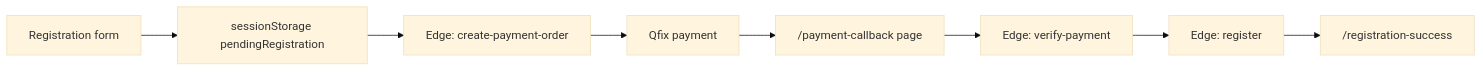
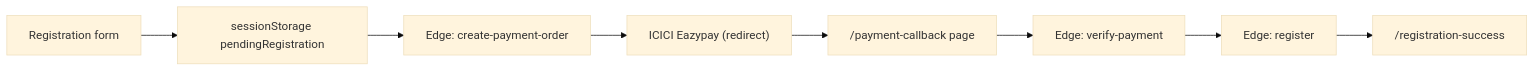
The first of 2 diagrams in README.md (Bhushan947/conference), drawn with Mermaid (base theme) before and after one commit. The commit also changed other lines of this file and 35 other files, not shown here.

Commit message:
payment to ICICI

````diff
--- a/README.md
+++ b/README.md
@@ -7,10 +7,10 @@
 ```mermaid
 flowchart LR
   A["Registration form"] --> B["sessionStorage pendingRegistration"]
   B --> C["Edge: create-payment-order"]
-  C --> D["Qfix payment"]
+  C --> D["ICICI Eazypay (redirect)"]
   D --> E["/payment-callback page"]
   E --> F["Edge: verify-payment"]
   F --> G["Edge: register"]
   G --> H["/registration-success"]
 ```
````
